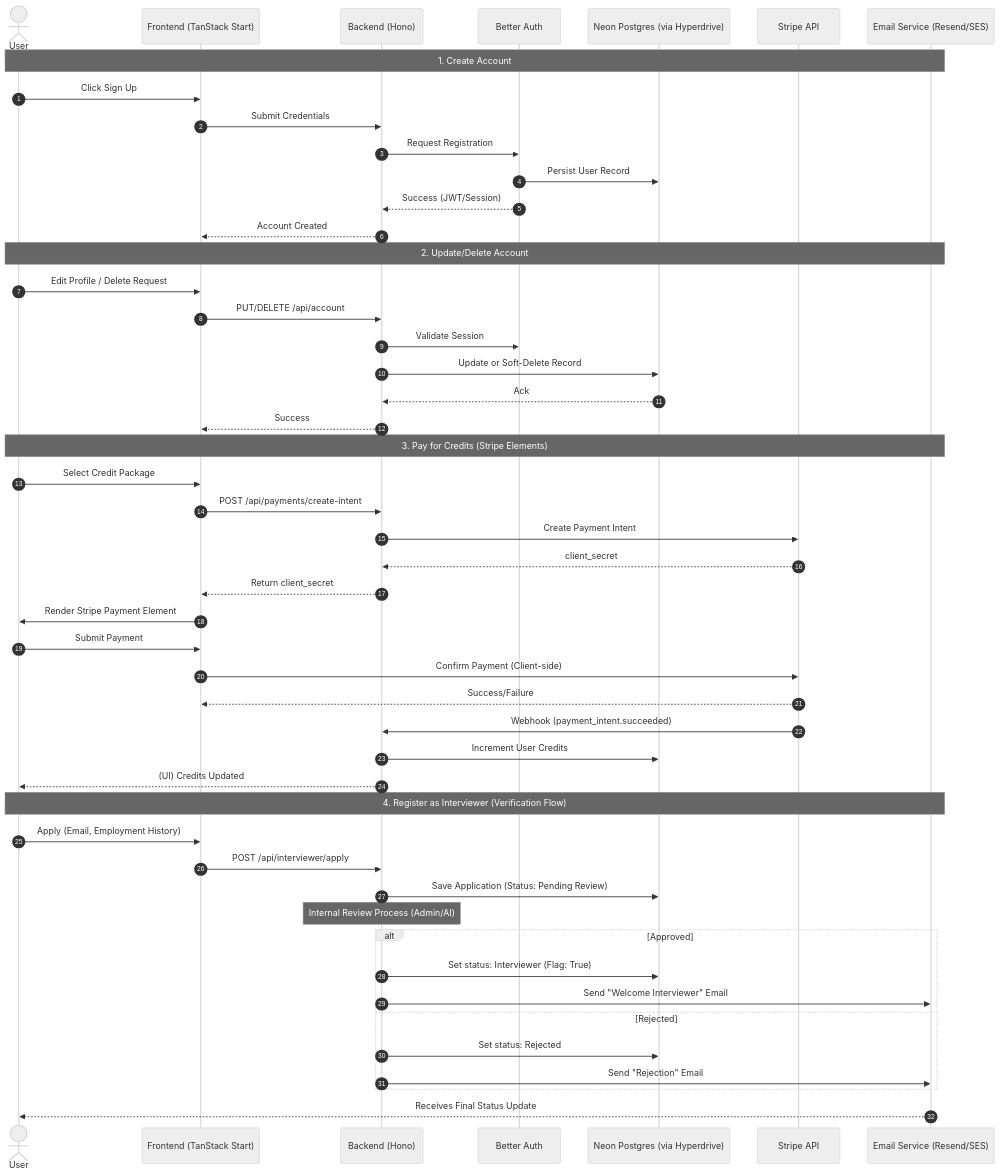
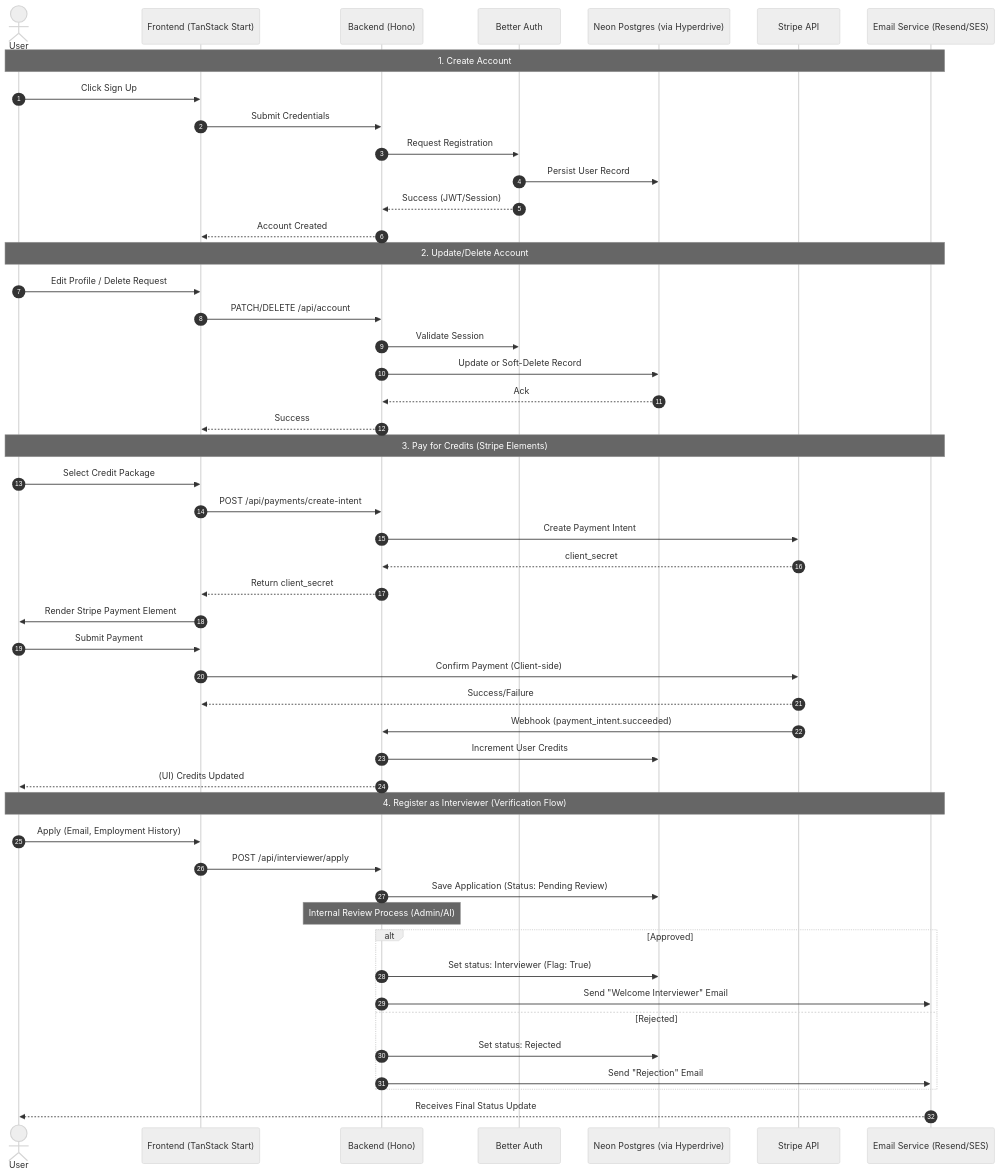
Before and after one commit to joseiciano/mako: the diagram in docs/system/diagrams/crud.md, drawn with Mermaid (neutral theme). The commit also changed 8 other files, not shown here.

````diff
--- a/docs/system/diagrams/crud.md
+++ b/docs/system/diagrams/crud.md
@@ -5,55 +5,55 @@
 ```mermaid
 sequenceDiagram
     autonumber
     actor User
     participant FE as Frontend (TanStack Start)
     participant BE as Backend (Hono)
     participant Auth as Better Auth
     participant DB as Neon Postgres (via Hyperdrive)
     participant Stripe as Stripe API
     participant Email as Email Service (Resend/SES)
 
     Note over User, Email: 1. Create Account
     User->>FE: Click Sign Up
     FE->>BE: Submit Credentials
     BE->>Auth: Request Registration
     Auth->>DB: Persist User Record
     Auth-->>BE: Success (JWT/Session)
     BE-->>FE: Account Created
 
     Note over User, Email: 2. Update/Delete Account
     User->>FE: Edit Profile / Delete Request
-    FE->>BE: PUT/DELETE /api/account
+    FE->>BE: PATCH/DELETE /api/account
     BE->>Auth: Validate Session
     BE->>DB: Update or Soft-Delete Record
     DB-->>BE: Ack
     BE-->>FE: Success
 
     Note over User, Email: 3. Pay for Credits (Stripe Elements)
     User->>FE: Select Credit Package
     FE->>BE: POST /api/payments/create-intent
     BE->>Stripe: Create Payment Intent
     Stripe-->>BE: client_secret
     BE-->>FE: Return client_secret
     FE->>User: Render Stripe Payment Element
     User->>FE: Submit Payment
     FE->>Stripe: Confirm Payment (Client-side)
     Stripe-->>FE: Success/Failure
     Stripe->>BE: Webhook (payment_intent.succeeded)
     BE->>DB: Increment User Credits
     BE-->>User: (UI) Credits Updated
 
     Note over User, Email: 4. Register as Interviewer (Verification Flow)
     User->>FE: Apply (Email, Employment History)
     FE->>BE: POST /api/interviewer/apply
     BE->>DB: Save Application (Status: Pending Review)
     Note over BE: Internal Review Process (Admin/AI)
     alt Approved
         BE->>DB: Set status: Interviewer (Flag: True)
         BE->>Email: Send "Welcome Interviewer" Email
     else Rejected
         BE->>DB: Set status: Rejected
         BE->>Email: Send "Rejection" Email
     end
     Email-->>User: Receives Final Status Update
 ```
````
